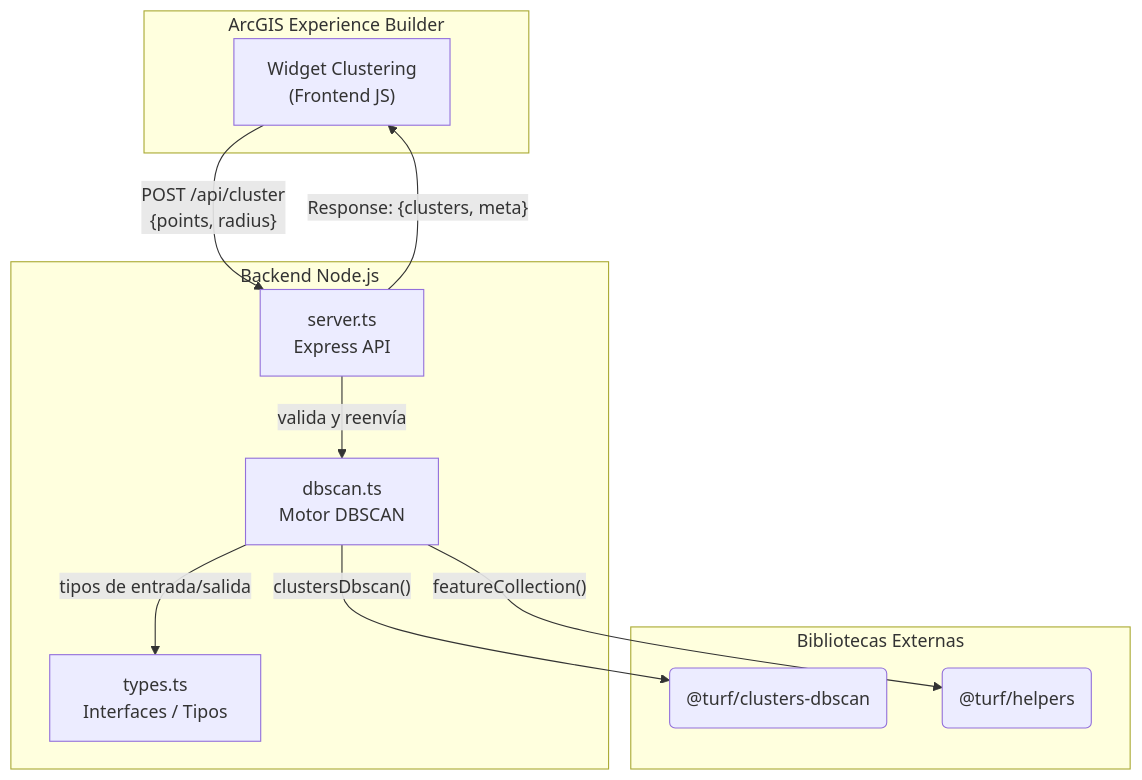
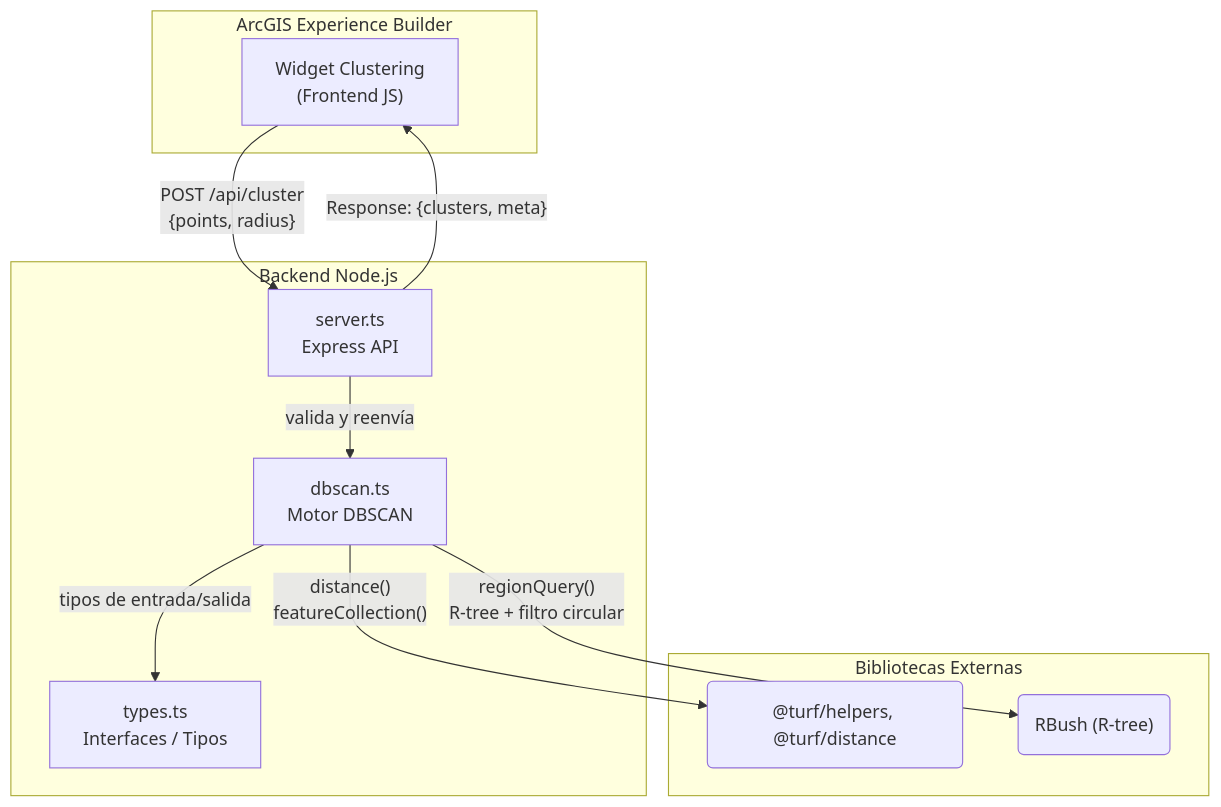
Before and after one commit to IngJuanMaSuarez/datos-al-ecosistema-ia-para-colombia: the diagram in backend-dbscan-clustering/README.md, drawn with Mermaid. The commit also changed other lines of this file and 7 other files, not shown here.

````diff
--- a/backend-dbscan-clustering/README.md
+++ b/backend-dbscan-clustering/README.md
@@ -17,24 +27,24 @@
 ```mermaid
 graph TD
     subgraph Cliente["ArcGIS Experience Builder"]
         Widget["Widget Clustering<br/>(Frontend JS)"]
     end
 
     subgraph Backend["Backend Node.js"]
         API["server.ts<br/>Express API"]
         DBSCAN["dbscan.ts<br/>Motor DBSCAN"]
         Types["types.ts<br/>Interfaces / Tipos"]
     end
 
     subgraph Librerias["Bibliotecas Externas"]
-        Turf("@turf/clusters-dbscan")
-        Helpers("@turf/helpers")
+        Turf("@turf/helpers, @turf/distance")
+        RBush("RBush (R-tree)")
     end
 
     Widget -->|"POST /api/cluster<br/>{points, radius}"| API
     API -->|"valida y reenvía"| DBSCAN
-    DBSCAN -->|"clustersDbscan()"| Turf
-    DBSCAN -->|"featureCollection()"| Helpers
+    DBSCAN -->|"regionQuery()<br/>R-tree + filtro circular"| RBush
+    DBSCAN -->|"distance()<br/>featureCollection()"| Turf
     DBSCAN -->|"tipos de entrada/salida"| Types
     API -->|"Response: {clusters, meta}"| Widget
 ```
````
